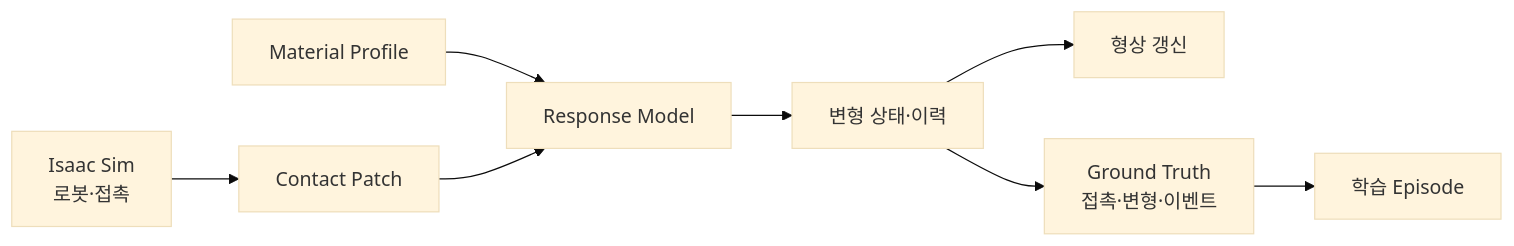
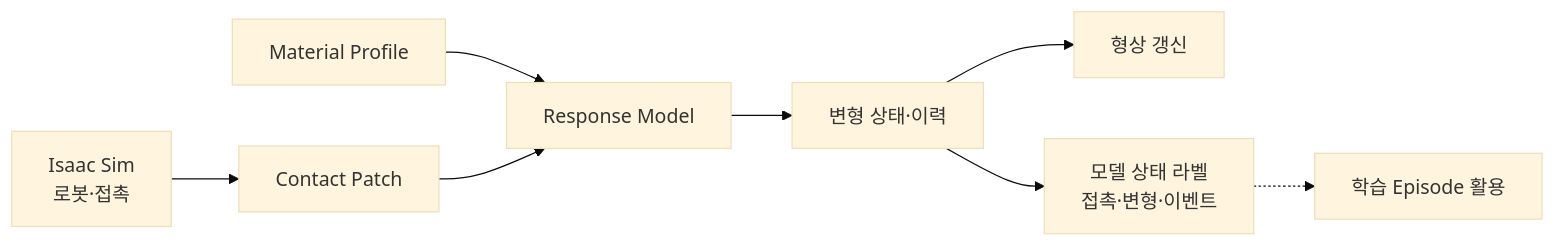
The diagram in homepage-src/docs/projects/mde.md (parclab-hsu/parclab-hsu.github.io), drawn with Mermaid (base theme) before and after one commit. The commit also changed other lines of this file and 18 other files, not shown here.

````diff
--- a/homepage-src/docs/projects/mde.md
+++ b/homepage-src/docs/projects/mde.md
@@ -47,10 +38,10 @@
 ```mermaid
 flowchart LR
     SIM["Isaac Sim<br/>로봇·접촉"] --> CP["Contact Patch"]
     MP["Material Profile"] --> RM["Response Model"]
     CP --> RM
     RM --> ST["변형 상태·이력"]
     ST --> GEO["형상 갱신"]
-    ST --> GT["Ground Truth<br/>접촉·변형·이벤트"]
-    GT --> EP["학습 Episode"]
+    ST --> GT["모델 상태 라벨<br/>접촉·변형·이벤트"]
+    GT -.-> EP["학습 Episode 활용"]
 ```
````
